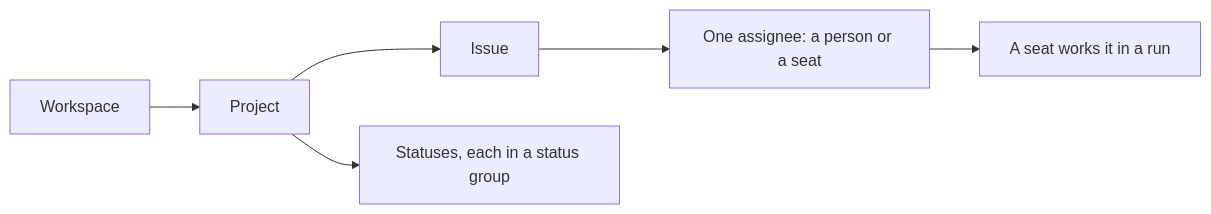
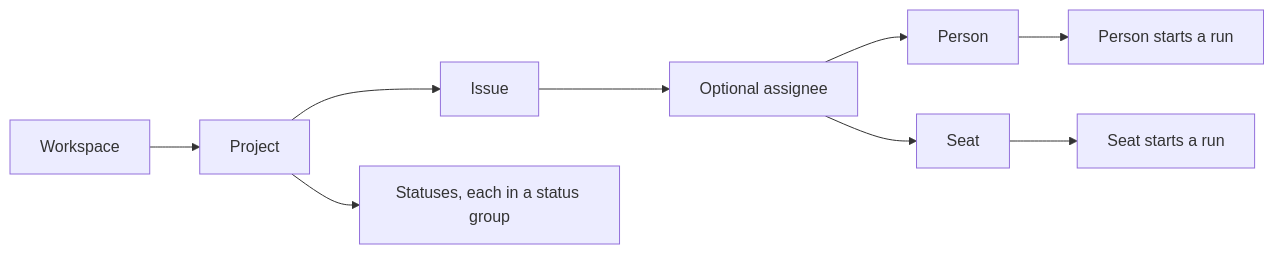
One commit to Art-of-Technology/collab changed the diagram in content/docs/concepts.md. Above: the diagram before and after it, drawn with Mermaid.

Commit message:
no-mistakes(review): Correct assignment and run concepts diagram

````diff
--- a/content/docs/concepts.md
+++ b/content/docs/concepts.md
@@ -7,8 +7,11 @@
 ```mermaid
 flowchart LR
   W[Workspace] --> P[Project]
   P --> I[Issue]
   P --> S[Statuses, each in a status group]
-  I --> A[One assignee: a person or a seat]
-  A --> R[A seat works it in a run]
+  I --> A[Optional assignee]
+  A --> H[Person]
+  A --> T[Seat]
+  H --> R[Person starts a run]
+  T --> U[Seat starts a run]
 ```
````
